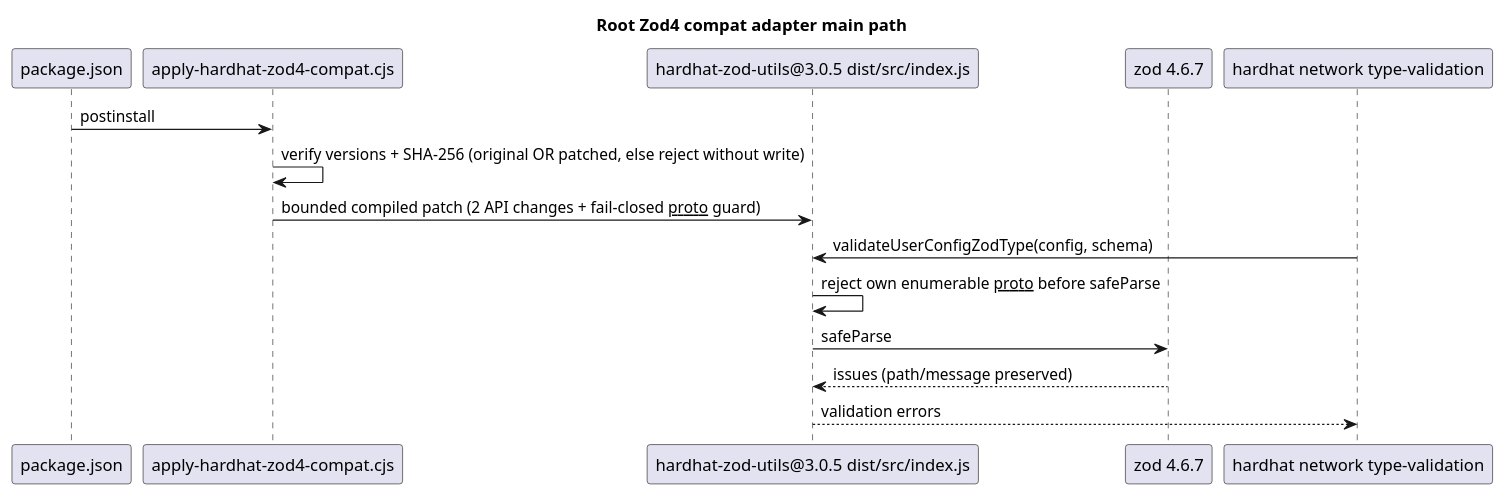
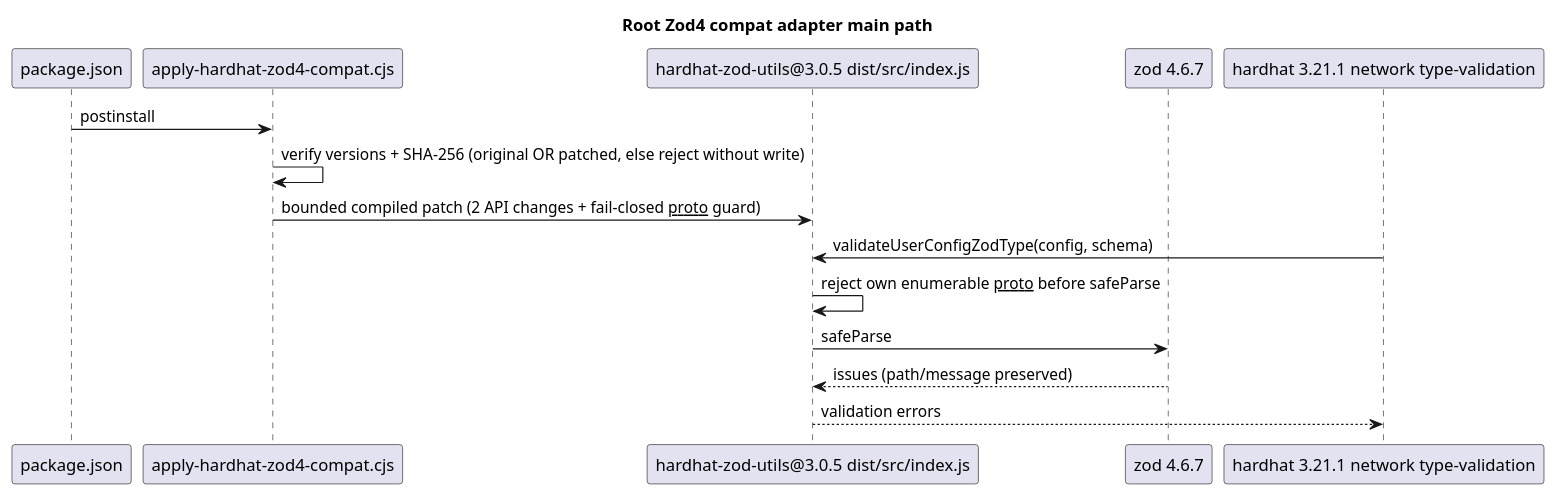
One commit to NeaBouli/inferno changed the eighth of 11 diagrams in docs/architecture/main-path.puml. Above: the diagram before and after it, drawn with PlantUML. The commit also changed 6 other files, not shown here.

```diff
--- a/docs/architecture/main-path.puml
+++ b/docs/architecture/main-path.puml
@@ -202,16 +202,16 @@
 @startuml
 title Root Zod4 compat adapter main path
 participant "package.json" as Manifest
 participant "apply-hardhat-zod4-compat.cjs" as Adapter
 participant "hardhat-zod-utils@3.0.5 dist/src/index.js" as Helper
 participant "zod 4.6.7" as Zod
-participant "hardhat network type-validation" as Validation
+participant "hardhat 3.21.1 network type-validation" as Validation
 Manifest -> Adapter : postinstall
 Adapter -> Adapter : verify versions + SHA-256 (original OR patched, else reject without write)
 Adapter -> Helper : bounded compiled patch (2 API changes + fail-closed __proto__ guard)
 Validation -> Helper : validateUserConfigZodType(config, schema)
 Helper -> Helper : reject own enumerable __proto__ before safeParse
 Helper -> Zod : safeParse
 Zod --> Helper : issues (path/message preserved)
 Helper --> Validation : validation errors
 @enduml
```
